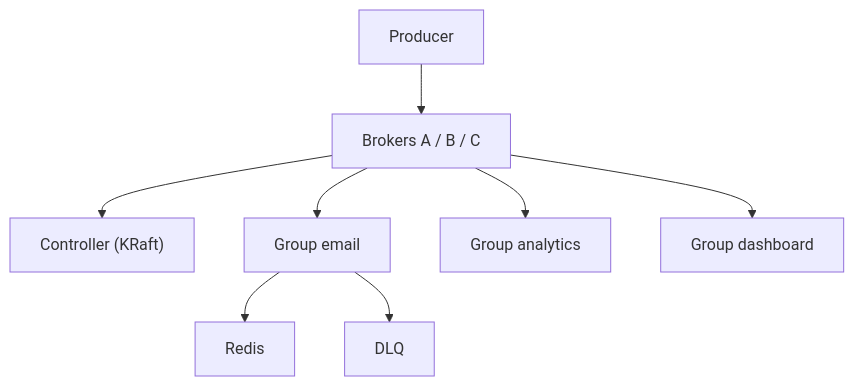
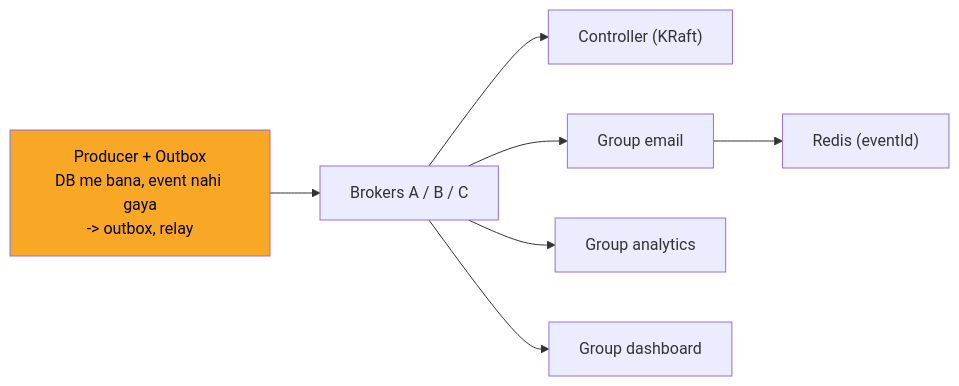
The ninth of 12 diagrams in 04_HLD/SYSTEM_DESIGNS/12_message_queue_kafka/12_message_queue_kafka.md (ArpanMaheshwari144/Prep), drawn with Mermaid before and after one commit. The commit also changed other lines of this file and 2 other files, not shown here.

Commit message:
docs, kafka, banking: one-day story, short cards, follow-ups with rules, highlighted diagrams

````diff
--- a/04_HLD/SYSTEM_DESIGNS/12_message_queue_kafka/12_message_queue_kafka.md
+++ b/04_HLD/SYSTEM_DESIGNS/12_message_queue_kafka/12_message_queue_kafka.md
@@ -307,18 +289,17 @@
 ```mermaid
-flowchart TD
-    n_Producer["Producer"]
-    n_Brokers_A_B_C["Brokers A / B / C"]
-    n_Controller_KRaft["Controller (KRaft)"]
-    n_Group_email["Group email"]
-    n_Redis["Redis"]
-    n_DLQ["DLQ"]
-    n_Group_analytics["Group analytics"]
-    n_Group_dashboard["Group dashboard"]
-    n_Producer --> n_Brokers_A_B_C
-    n_Brokers_A_B_C --> n_Controller_KRaft
-    n_Brokers_A_B_C --> n_Group_email
-    n_Brokers_A_B_C --> n_Group_analytics
-    n_Brokers_A_B_C --> n_Group_dashboard
-    n_Group_email --> n_Redis
-    n_Group_email --> n_DLQ
+flowchart LR
+    n_P["Producer + Outbox<br/>DB me bana, event nahi gaya<br/>-> outbox, relay"]
+    n_B["Brokers A / B / C"]
+    n_K["Controller (KRaft)"]
+    n_GE["Group email"]
+    n_R["Redis (eventId)"]
+    n_GA["Group analytics"]
+    n_GD["Group dashboard"]
+    n_P --> n_B
+    n_B --> n_K
+    n_B --> n_GE
+    n_B --> n_GA
+    n_B --> n_GD
+    n_GE --> n_R
+    style n_P fill:#f9a825,color:#000
 ```
````
